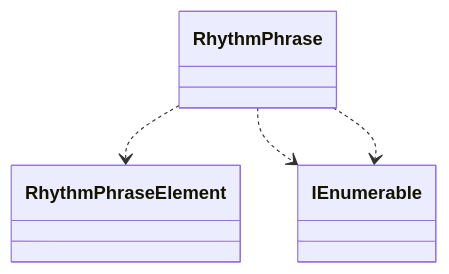
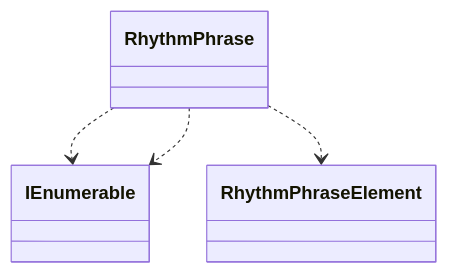
One commit to schnock-art/project_inspector changed diagram 22 of 31 in test/test.md. Above: the diagram before and after it, drawn with Mermaid. The commit also changed other lines of this file and 1 other file, not shown here.

````diff
--- a/test/test.md
+++ b/test/test.md
@@ -516,6 +570,6 @@
 ```mermaid
 classDiagram
-RhythmPhrase ..> RhythmPhraseElement
 RhythmPhrase ..> IEnumerable
 RhythmPhrase ..> IEnumerable
+RhythmPhrase ..> RhythmPhraseElement
 ```
````
